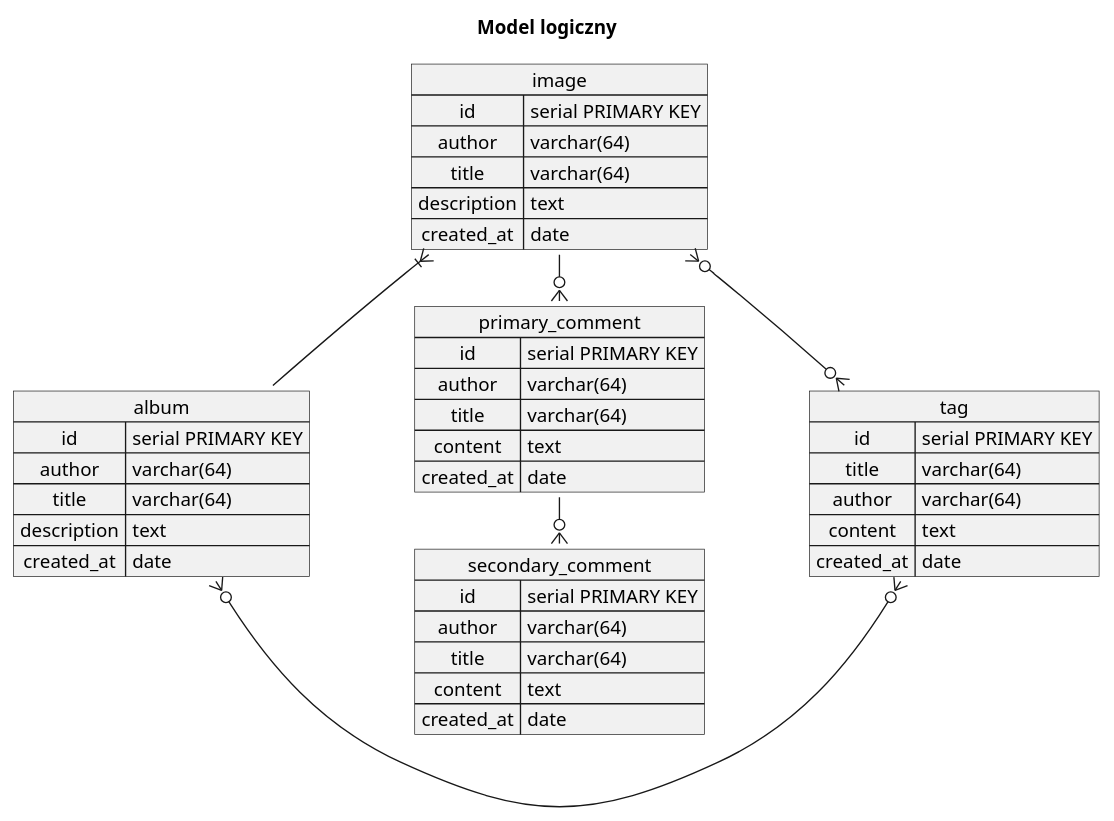
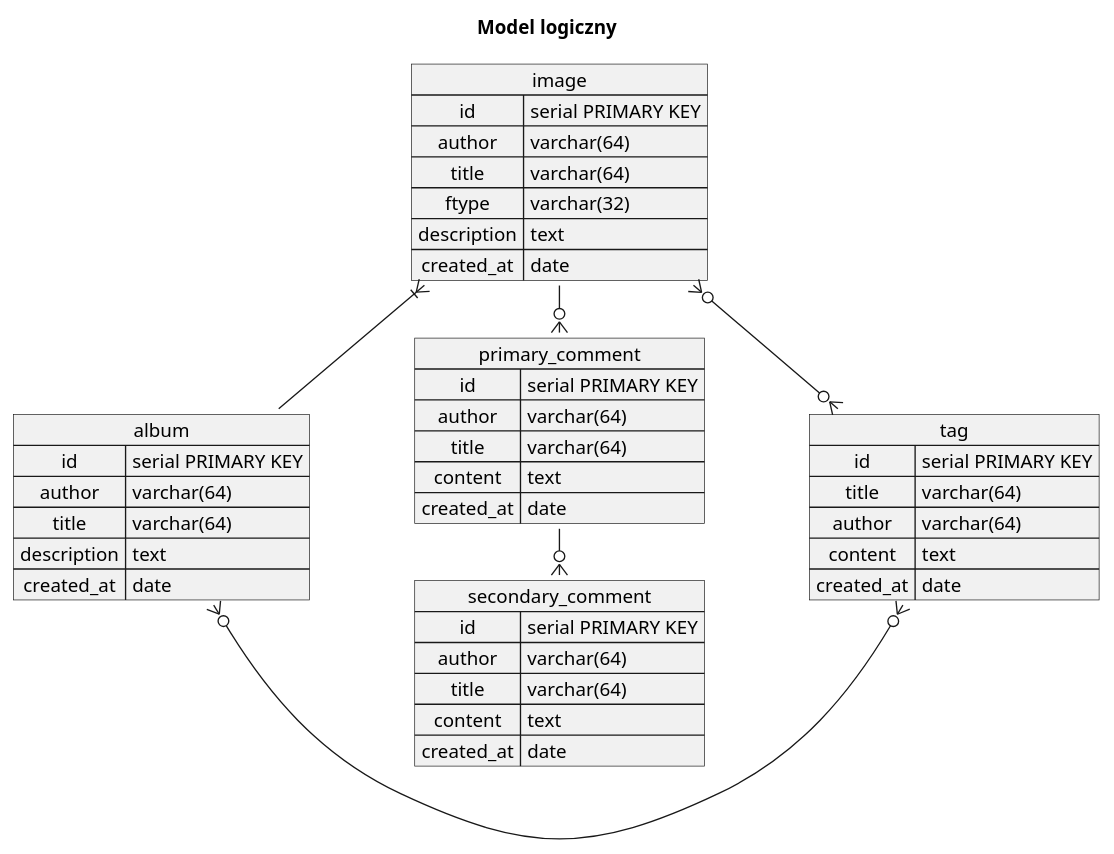
The diagram in logical.puml (paiGallery3G/db_models), drawn with PlantUML before and after one commit.

```diff
--- a/logical.puml
+++ b/logical.puml
@@ -1,52 +1,53 @@
 @startuml
 left to right direction
 ' Horizontal lines:
 ' Vertical lines: -->, <--, <-->, ->, -|{, <->
 title Model logiczny
 
 map album {
  id => serial PRIMARY KEY
  author => varchar(64)
  title => varchar(64)
  description => text
  created_at => date
 }
 
 map image {
  id => serial PRIMARY KEY
  author => varchar(64)
  title => varchar(64)
+ ftype => varchar(32)
  description => text
  created_at => date
 }
 
 map primary_comment {
  id => serial PRIMARY KEY
  author => varchar(64)
  title => varchar(64)
  content => text
  created_at => date
 }
 
 map secondary_comment {
  id => serial PRIMARY KEY
  author => varchar(64)
  title => varchar(64)
  content => text
  created_at => date
 }
 
 map tag {
  id => serial PRIMARY KEY
  title => varchar(64)
  author => varchar(64)
  content => text
  created_at => date
 }
 
 album --|{ image
 image -o{ primary_comment
 primary_comment -o{ secondary_comment
 image }o--o{ tag
 album }o--o{ tag
 @enduml
```
